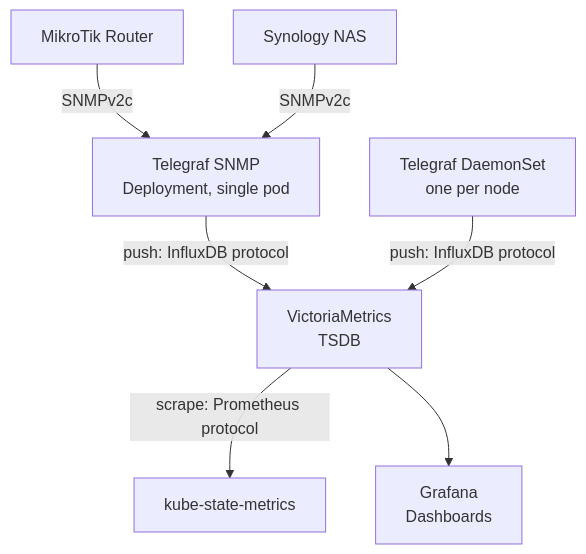
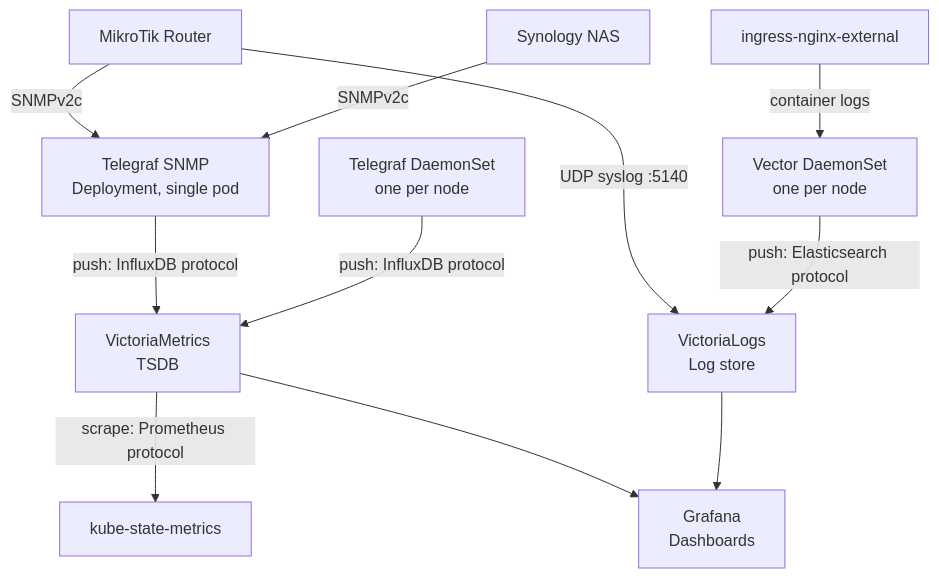
One commit to macgregor/homelab changed the diagram in docs/06-observability.md. Above: the diagram before and after it, drawn with Mermaid. The commit also changed other lines of this file and 9 other files, not shown here.

Commit message:
Add targeted log ingestion with VictoriaLogs, Vector, and MikroTik syslog

````diff
--- a/docs/06-observability.md
+++ b/docs/06-observability.md
@@ -17,17 +17,25 @@
 ```mermaid
 graph TD
     Router[MikroTik Router]
     NAS[Synology NAS]
     SNMP[Telegraf SNMP<br/>Deployment, single pod]
     DS[Telegraf DaemonSet<br/>one per node]
     KSM[kube-state-metrics]
     VM[VictoriaMetrics<br/>TSDB]
+    VL[VictoriaLogs<br/>Log store]
+    Vec[Vector DaemonSet<br/>one per node]
+    Ingress[ingress-nginx-external]
     G[Grafana<br/>Dashboards]
 
     Router -->|SNMPv2c| SNMP
     NAS -->|SNMPv2c| SNMP
     SNMP -->|push: InfluxDB protocol| VM
     DS -->|push: InfluxDB protocol| VM
     VM -->|scrape: Prometheus protocol| KSM
     VM --> G
+
+    Router -->|UDP syslog :5140| VL
+    Ingress -->|container logs| Vec
+    Vec -->|push: Elasticsearch protocol| VL
+    VL --> G
 ```
````
